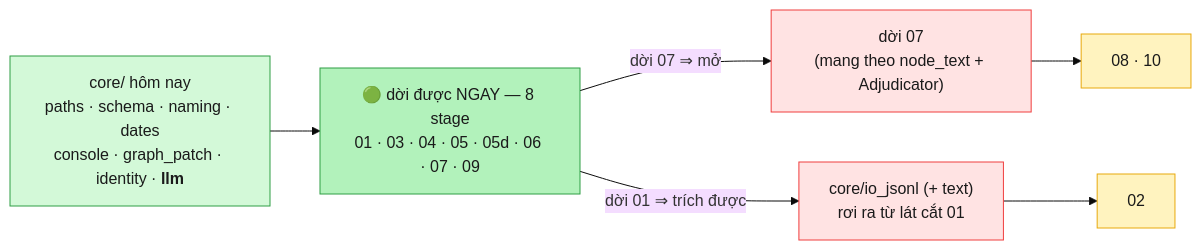
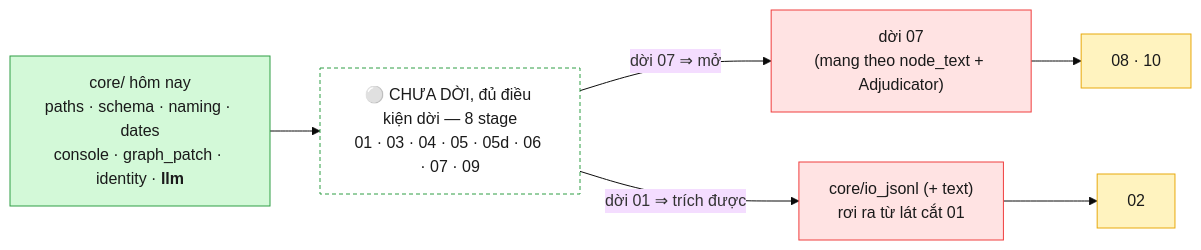
One commit to TranBaDat2607/capstone_test1 changed the second of 4 diagrams in src_module/PIPELINE.md. Above: the diagram before and after it, drawn with Mermaid (base theme). The commit also changed other lines of this file, not shown here.

````diff
--- a/src_module/PIPELINE.md
+++ b/src_module/PIPELINE.md
@@ -163,18 +174,18 @@
 ```mermaid
 flowchart LR
     classDef done fill:#d3f9d8,stroke:#2f9e44,color:#1a1a1a
-    classDef ready fill:#b2f2bb,stroke:#2f9e44,color:#1a1a1a
+    classDef ready fill:#ffffff,stroke:#2f9e44,stroke-dasharray:4 3,color:#1a1a1a
     classDef key  fill:#ffe3e3,stroke:#f03e3e,color:#1a1a1a
     classDef pend fill:#fff3bf,stroke:#e8a90c,color:#1a1a1a
 
     CORE["core/ hôm nay<br/>paths · schema · naming · dates<br/>console · graph_patch · identity · <b>llm</b>"]:::done
-    READY["🟢 dời được NGAY — 8 stage<br/>01 · 03 · 04 · 05 · 05d · 06 · 07 · 09"]:::ready
+    READY["⚪ CHƯA DỜI, đủ điều kiện dời — 8 stage<br/>01 · 03 · 04 · 05 · 05d · 06 · 07 · 09"]:::ready
     S07M["dời 07<br/>(mang theo node_text + Adjudicator)"]:::key
     IOJ["core/io_jsonl (+ text)<br/>rơi ra từ lát cắt 01"]:::key
     U1["08 · 10"]:::pend
     U3["02"]:::pend
 
     CORE --> READY
     READY -->|"dời 07 ⇒ mở"| S07M --> U1
     READY -->|"dời 01 ⇒ trích được"| IOJ --> U3
 ```
````
